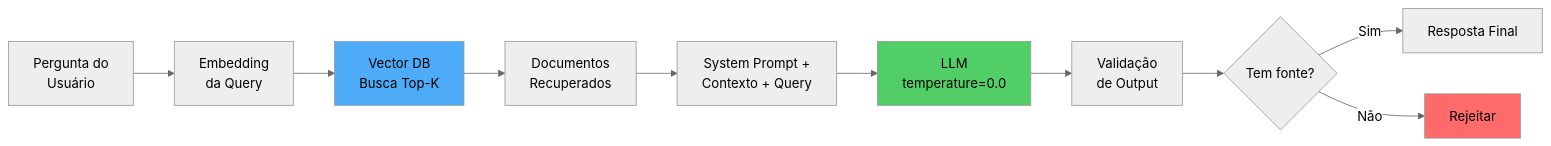
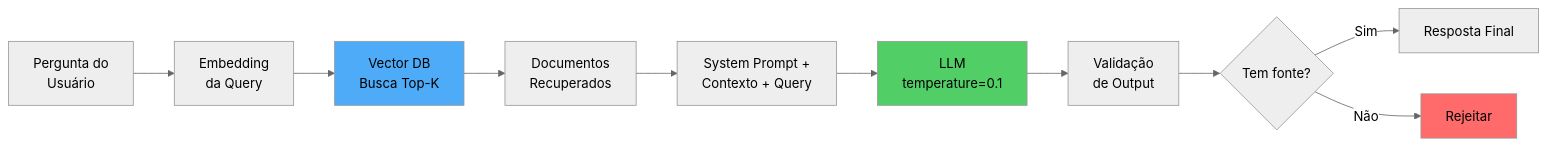
Diagram 11 of 14 in slides.md (gawry/workshop-agentes-de-ia), drawn with Mermaid (neutral theme) before and after one commit. The commit also changed other lines of this file and 2 other files, not shown here.

````diff
--- a/slides.md
+++ b/slides.md
@@ -2432,16 +2436,16 @@
 ```mermaid {scale: 0.9}
 graph LR
     A[Pergunta do<br/>Usuário] --> B[Embedding<br/>da Query]
     B --> C[Vector DB<br/>Busca Top-K]
     C --> D[Documentos<br/>Recuperados]
     D --> H[System Prompt +<br/>Contexto + Query]
-    H --> I[LLM<br/>temperature=0.0]
+    H --> I[LLM<br/>temperature=0.1]
     I --> J[Validação<br/>de Output]
     J --> K{Tem fonte?}
     K -->|Sim| L[Resposta Final]
     K -->|Não| M[Rejeitar]
     
     style C fill:#4dabf7
     style I fill:#51cf66
     style M fill:#ff6b6b
 ```
````
